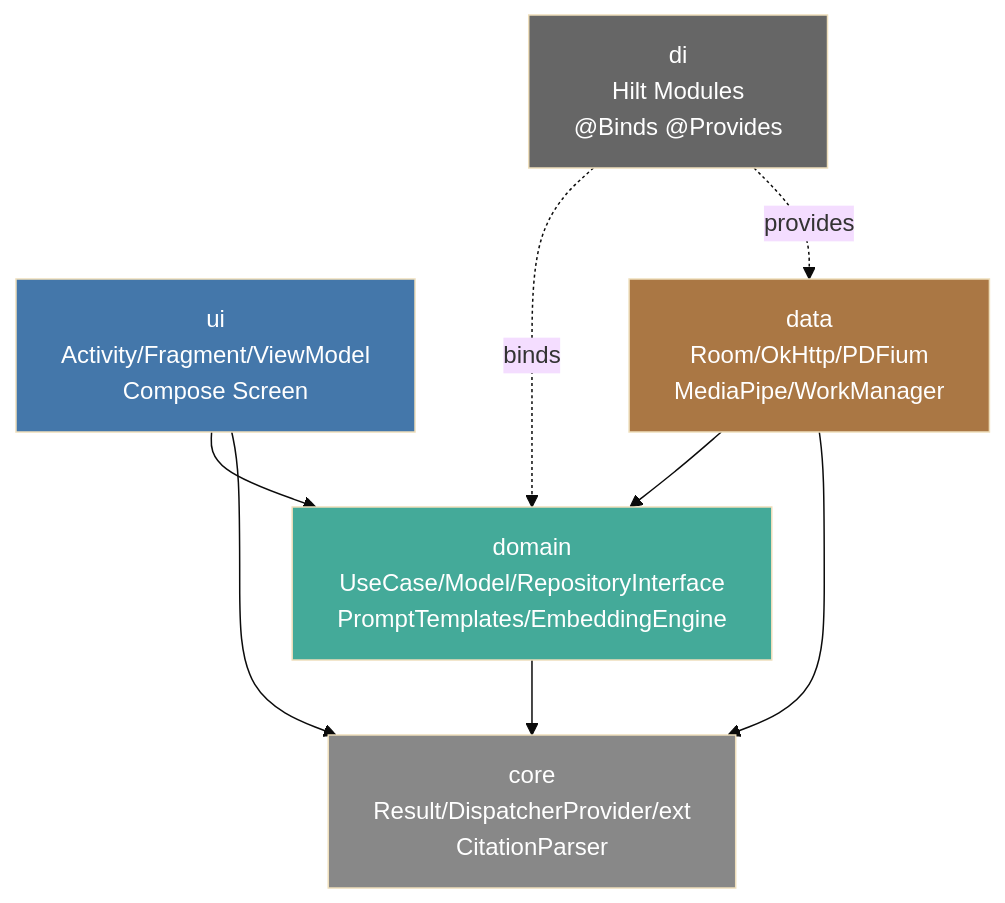
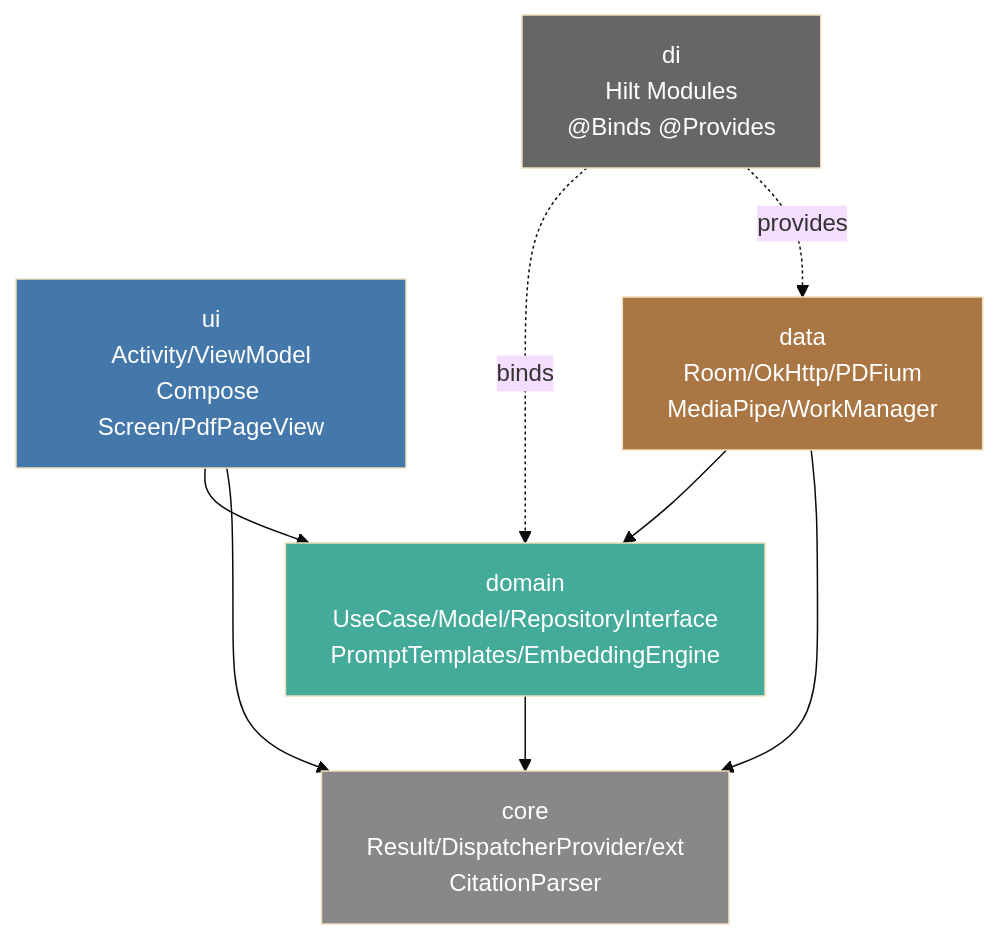
One commit to stuid-maker/pocketpdf-android changed the first of 21 diagrams in docs/ARCHITECTURE.md. Above: the diagram before and after it, drawn with Mermaid (base theme). The commit also changed other lines of this file and 33 other files, not shown here.

````diff
--- a/docs/ARCHITECTURE.md
+++ b/docs/ARCHITECTURE.md
@@ -40,18 +40,18 @@
 ```mermaid
 graph TD
-    UI[ui<br/>Activity/Fragment/ViewModel<br/>Compose Screen] --> DOMAIN
+    UI[ui<br/>Activity/ViewModel<br/>Compose Screen/PdfPageView] --> DOMAIN
     DI[di<br/>Hilt Modules<br/>@Binds @Provides] -.binds.-> DOMAIN
     DI -.provides.-> DATA
     DATA[data<br/>Room/OkHttp/PDFium<br/>MediaPipe/WorkManager] --> DOMAIN
     DOMAIN[domain<br/>UseCase/Model/RepositoryInterface<br/>PromptTemplates/EmbeddingEngine]
     UI --> CORE
     DATA --> CORE
     DOMAIN --> CORE
     CORE[core<br/>Result/DispatcherProvider/ext<br/>CitationParser]
     
     style DOMAIN fill:#4a9,color:#fff
     style UI fill:#47a,color:#fff
     style DATA fill:#a74,color:#fff
     style DI fill:#666,color:#fff
     style CORE fill:#888,color:#fff
 ```
````
